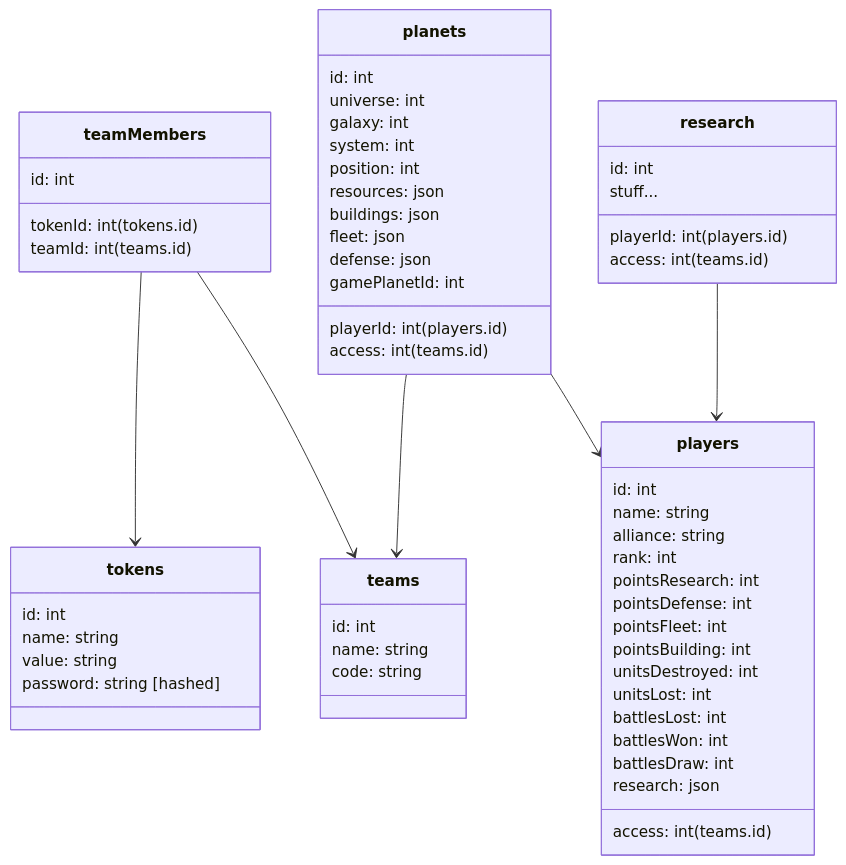
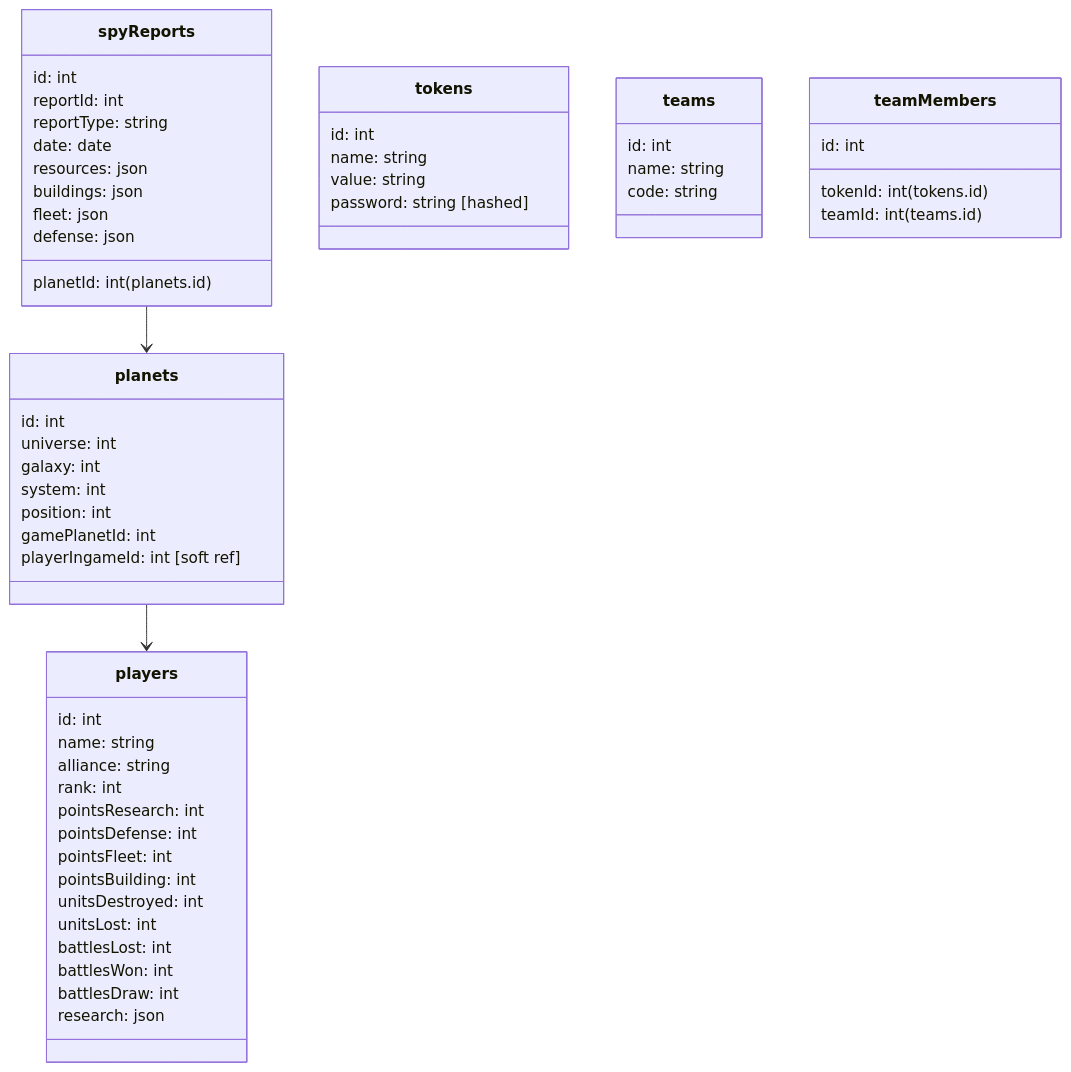
Before and after one commit to anoff/teamview: the diagram in readme.md, drawn with Mermaid. The commit also changed 3 other files, not shown here.

Commit message:
add (spy) reports on server side

````diff
--- a/readme.md
+++ b/readme.md
@@ -31,61 +31,57 @@
 ```mermaid
 classDiagram
-  teamMembers --> teams
-  teamMembers --> tokens
   planets --> players
-  planets --> teams
-  research --> players
+  spyReports --> planets
   class tokens {
     id: int
     name: string
     value: string
     password: string [hashed]
   }
   class teams {
     id: int
     name: string
     code: string
   }
   class teamMembers {
     id: int
     tokenId: int (tokens.id)
     teamId: int (teams.id)
   }
   class planets {
     id: int
     universe: int
     galaxy: int
     system: int
     position: int
+    gamePlanetId: int
+    playerIngameId: int [soft ref]
+  }
+  class spyReports {
+    id: int
+    reportId: int
+    reportType: string
+    date: date
     resources: json
     buildings: json
     fleet: json
     defense: json
-    gamePlanetId: int
-    playerId: int (players.id)
-    access: int (teams.id)
+    planetId: int (planets.id)
   }
   class players {
     id: int
     name: string
     alliance: string
     rank: int
     pointsResearch: int
     pointsDefense: int
     pointsFleet: int
     pointsBuilding: int
     unitsDestroyed: int
     unitsLost: int
     battlesLost: int
     battlesWon: int
     battlesDraw: int
     research: json
-    access: int (teams.id)
-  }
-  class research {
-    id: int
-    stuff...
-    playerId: int (players.id)
-    access: int (teams.id)
   }
 ```
````
